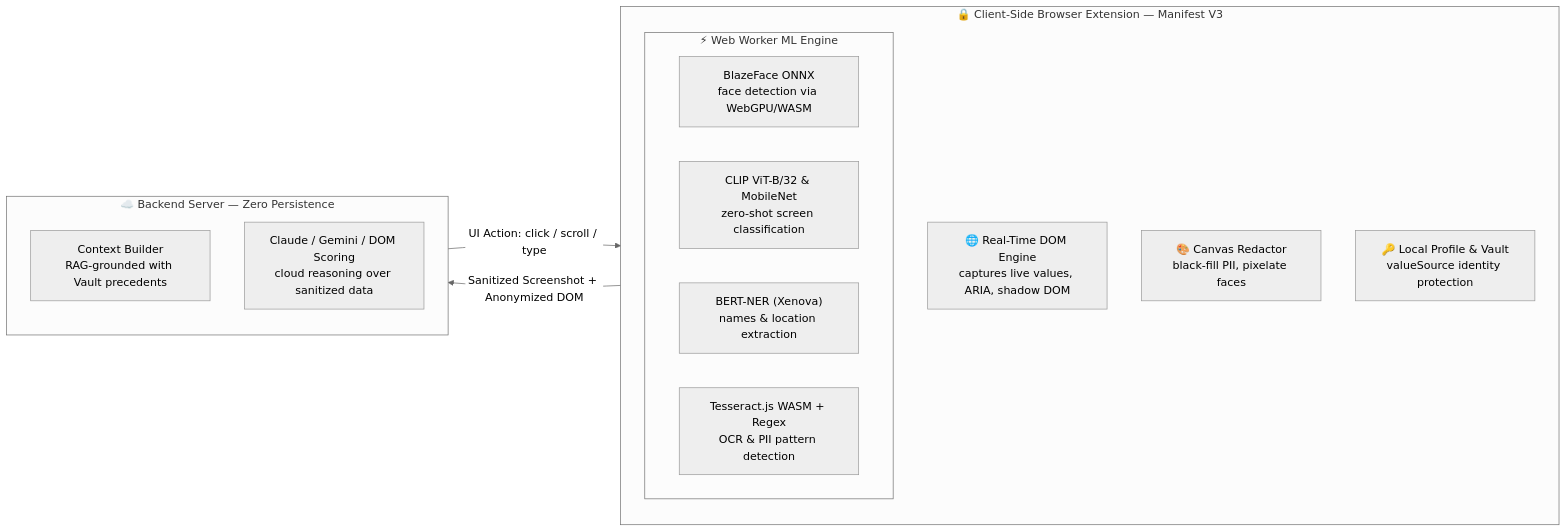
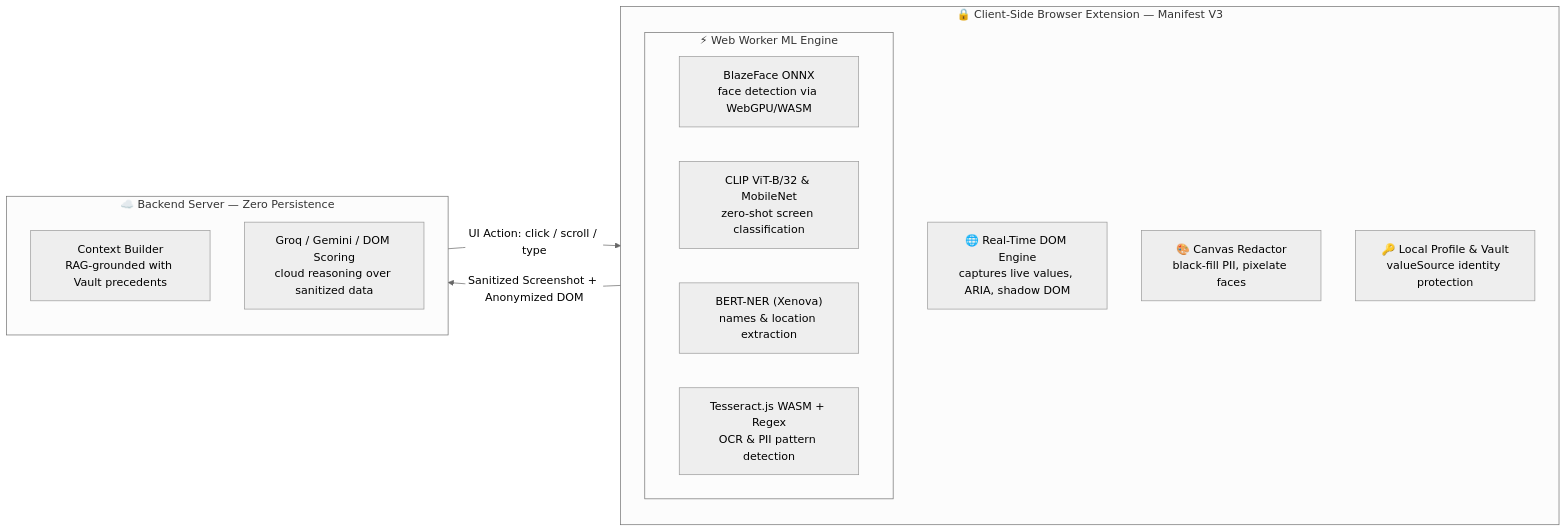
Before and after one commit to annujjguptaa-cpu/Betaal: the third of 4 diagrams in README.md, drawn with Mermaid (neutral theme). The commit also changed other lines of this file and 1 other file, not shown here.

Commit message:
docs: remove note block, update README & docs with Groq VLM integration, fix video folder URL

````diff
--- a/README.md
+++ b/README.md
@@ -126,26 +119,26 @@
 ```mermaid
 flowchart LR
     subgraph Client["🔒 Client-Side Browser Extension — Manifest V3"]
         direction TB
         DOM["🌐 Real-Time DOM Engine<br/>captures live values, ARIA, shadow DOM"]
         
         subgraph ML["⚡ Web Worker ML Engine"]
             BlazeFace["BlazeFace ONNX<br/>face detection via WebGPU/WASM"]
             ViT["CLIP ViT-B/32 & MobileNet<br/>zero-shot screen classification"]
             NER["BERT-NER (Xenova)<br/>names & location extraction"]
             OCR["Tesseract.js WASM + Regex<br/>OCR & PII pattern detection"]
         end
         
         Redact["🎨 Canvas Redactor<br/>black-fill PII, pixelate faces"]
         Store["🔑 Local Profile & Vault<br/>valueSource identity protection"]
     end
 
     subgraph Server["☁️ Backend Server — Zero Persistence"]
         direction TB
         ContextEngine["Context Builder<br/>RAG-grounded with Vault precedents"]
-        VLM["Claude / Gemini / DOM Scoring<br/>cloud reasoning over sanitized data"]
+        VLM["Groq / Gemini / DOM Scoring<br/>cloud reasoning over sanitized data"]
     end
 
     Client -- "Sanitized Screenshot + Anonymized DOM" --> Server
     Server -- "UI Action: click / scroll / type" --> Client
 ```
````
